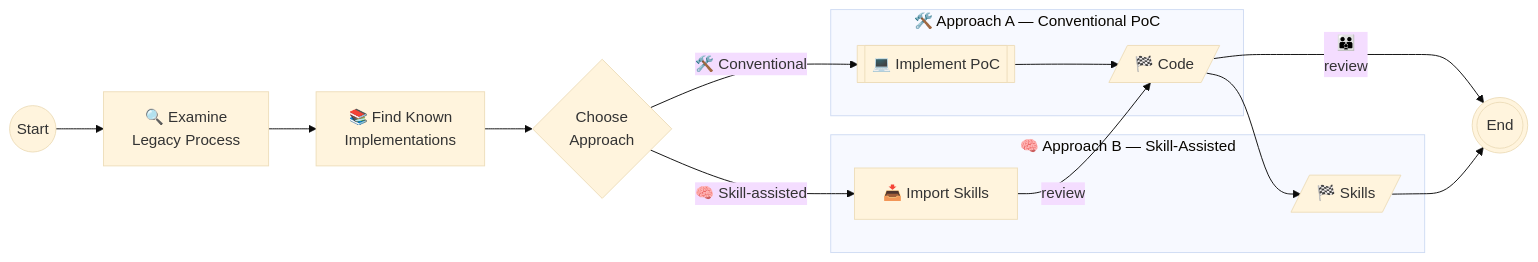
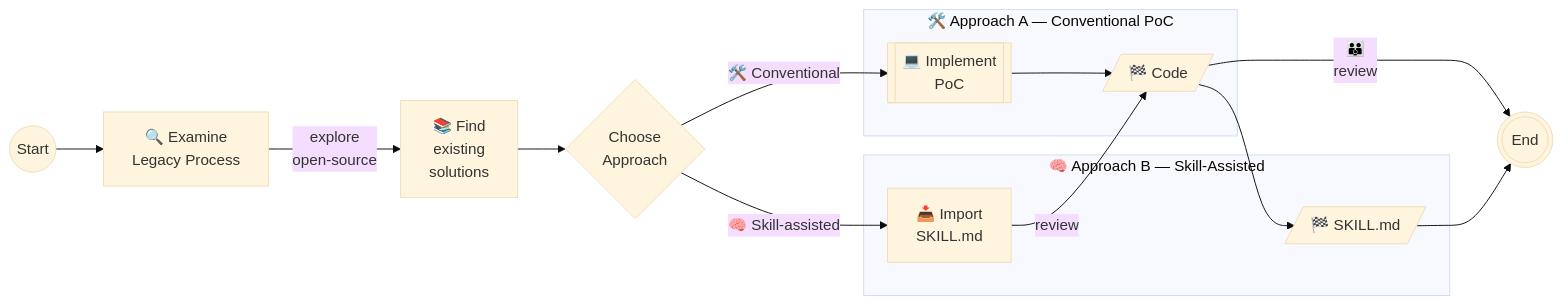
One commit to sergueik/springboot_study changed the fifth of 5 diagrams in basic-skill-registry/README.md. Above: the diagram before and after it, drawn with Mermaid (base theme). The commit also changed other lines of this file and 3 other files, not shown here.

````diff
--- a/basic-skill-registry/README.md
+++ b/basic-skill-registry/README.md
@@ -1672,25 +1674,25 @@
 ```mermaid
 flowchart LR
 
     S(("Start")) --> A["🔍 Examine<br/>Legacy Process"]
-    A --> B["📚 Find Known<br/>Implementations"]
+    A --"explore<br/>open‑source"--> B["📚 Find<br/>existing<br/>solutions"]
     B --> C{"Choose<br/>Approach"}
 
     subgraph POC["🛠️ Approach A — Conventional PoC"]
-        P1[["💻 Implement PoC"]]
+        P1[["💻 Implement<br/>PoC"]]
         P2[/"🏁 Code"/]
         P1 --> P2
     end
 
     subgraph SKILLS["🧠 Approach B — Skill-Assisted"]
-        K1["📥 Import Skills"]
-         K3[/"🏁  Skills"/]
+        K1["📥 Import<br/>SKILL.md"]
+         K3[/"🏁 SKILL.md"/]
         K1 --"review"--> P2 --> K3
     end
 
     C -- "🛠️ Conventional" --> P1
     C -- "🧠 Skill-assisted" --> K1
 
     P2 --"👪<br/>review"--> E((("End")))
     K3 --> E
 ```
````
